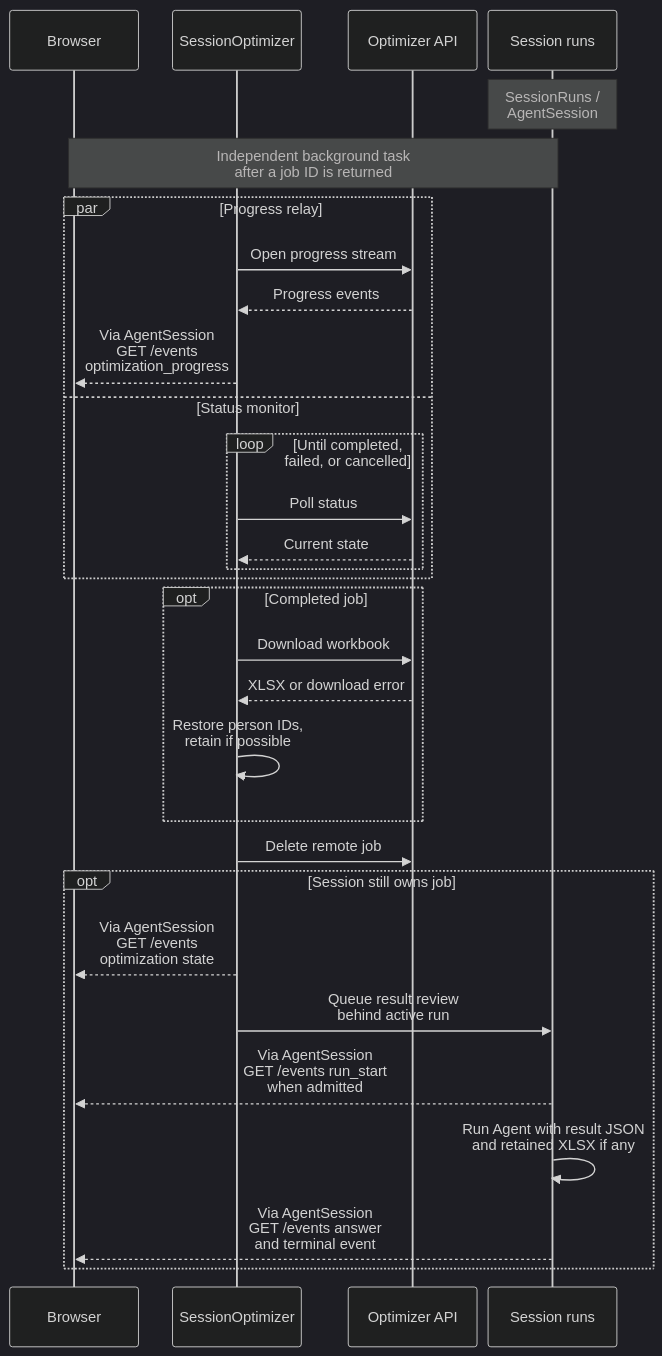
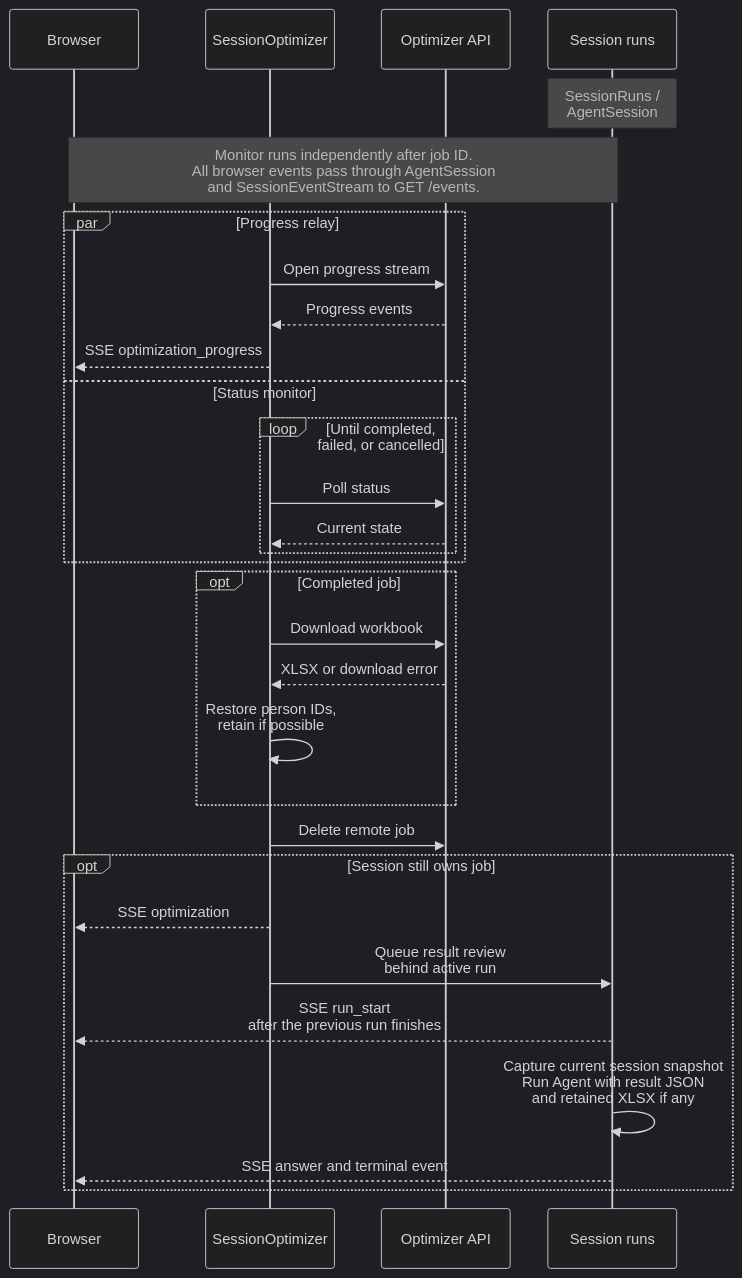
One commit to j3soon/nurse-scheduling changed diagram 12 of 15 in docs/content/developer-guide/ai-assistant.md. Above: the diagram before and after it, drawn with Mermaid (dark theme). The commit also changed other lines of this file and 1 other file, not shown here.

First line of the commit message:
docs(ai): clarify unified session events and diagrams

````diff
--- a/docs/content/developer-guide/ai-assistant.md
+++ b/docs/content/developer-guide/ai-assistant.md
@@ -603,44 +612,44 @@
 ```mermaid
 ---
 config:
   sequence:
     actorMargin: 12
     width: 140
     diagramMarginX: 4
     diagramMarginY: 8
     wrap: false
     wrapPadding: 4
 ---
 sequenceDiagram
     participant Browser
     participant Jobs as SessionOptimizer
     participant API as Optimizer API
     participant Runs as Session runs
 
     Note over Runs: SessionRuns /<br/>AgentSession
-    Note over Browser,Runs: Independent background task<br/>after a job ID is returned
+    Note over Browser,Runs: Monitor runs independently after job ID.<br/>All browser events pass through AgentSession<br/>and SessionEventStream to GET /events.
     par Progress relay
         Jobs->>API: Open progress stream
         API-->>Jobs: Progress events
-        Jobs-->>Browser: Via AgentSession<br/>GET /events<br/>optimization_progress
+        Jobs-->>Browser: SSE optimization_progress
     and Status monitor
         loop Until completed, failed, or cancelled
             Jobs->>API: Poll status
             API-->>Jobs: Current state
         end
     end
     opt Completed job
         Jobs->>API: Download workbook
         API-->>Jobs: XLSX or download error
         Jobs->>Jobs: Restore person IDs,<br/>retain if possible
     end
     Jobs->>API: Delete remote job
     opt Session still owns job
-        Jobs-->>Browser: Via AgentSession<br/>GET /events<br/>optimization state
+        Jobs-->>Browser: SSE optimization
         Jobs->>Runs: Queue result review<br/>behind active run
-        Runs-->>Browser: Via AgentSession<br/>GET /events run_start<br/>when admitted
-        Runs->>Runs: Run Agent with result JSON<br/>and retained XLSX if any
-        Runs-->>Browser: Via AgentSession<br/>GET /events answer<br/>and terminal event
+        Runs-->>Browser: SSE run_start<br/>after the previous run finishes
+        Runs->>Runs: Capture current session snapshot<br/>Run Agent with result JSON<br/>and retained XLSX if any
+        Runs-->>Browser: SSE answer and terminal event
     end
 
 ```
````
